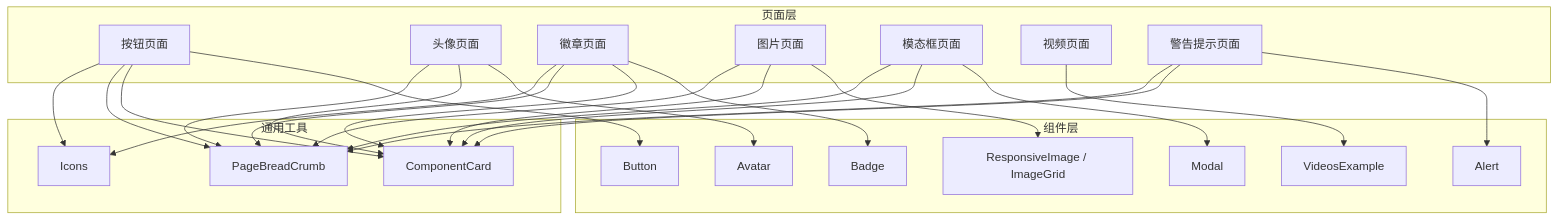
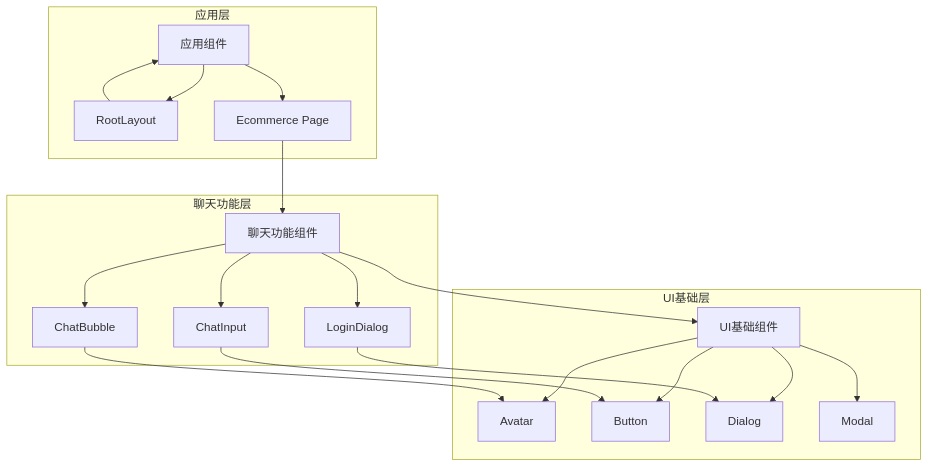
The second of 6 diagrams in .qoder/repowiki/zh/content/页面路由系统/页面类型组织结构/UI元素页面.md (HAOFUYANG/nextjs-admin), drawn with Mermaid before and after one commit. The commit also changed other lines of this file and 36 other files, not shown here.

````diff
--- a/.qoder/repowiki/zh/content/页面路由系统/页面类型组织结构/UI元素页面.md
+++ b/.qoder/repowiki/zh/content/页面路由系统/页面类型组织结构/UI元素页面.md
@@ -112,47 +122,27 @@
 ```mermaid
 graph TB
-subgraph "页面层"
-P_BTN["按钮页面"]
-P_AVA["头像页面"]
-P_BAD["徽章页面"]
-P_IMG["图片页面"]
-P_MOD["模态框页面"]
-P_VID["视频页面"]
-P_ALT["警告提示页面"]
+subgraph "聊天功能层"
+CHAT["聊天功能组件"]
+CHAT --> CB["ChatBubble"]
+CHAT --> CI["ChatInput"]
+CHAT --> LD["LoginDialog"]
 end
-subgraph "组件层"
-C_BTN["Button"]
-C_AVA["Avatar"]
-C_BAD["Badge"]
-C_IMG["ResponsiveImage / ImageGrid"]
-C_MOD["Modal"]
-C_VID["VideosExample"]
-C_ALT["Alert"]
+subgraph "UI基础层"
+UI["UI基础组件"]
+UI --> AV["Avatar"]
+UI --> BTN["Button"]
+UI --> DIALOG["Dialog"]
+UI --> MOD["Modal"]
 end
-subgraph "通用工具"
-U_CC["ComponentCard"]
-U_BC["PageBreadCrumb"]
-U_ICO["Icons"]
+subgraph "应用层"
+APP["应用组件"]
+APP --> LAYOUT["RootLayout"]
+APP --> PAGE["Ecommerce Page"]
 end
-P_BTN --> C_BTN
-P_AVA --> C_AVA
-P_BAD --> C_BAD
-P_IMG --> C_IMG
-P_MOD --> C_MOD
-P_VID --> C_VID
-P_ALT --> C_ALT
-P_BTN --> U_CC
-P_AVA --> U_CC
-P_BAD --> U_CC
-P_IMG --> U_CC
-P_MOD --> U_CC
-P_ALT --> U_CC
-P_BTN --> U_BC
-P_AVA --> U_BC
-P_BAD --> U_BC
-P_IMG --> U_BC
-P_MOD --> U_BC
-P_ALT --> U_BC
-P_BTN --> U_ICO
-P_BAD --> U_ICO
+CB --> AV
+CI --> BTN
+LD --> DIALOG
+CHAT --> UI
+PAGE --> CHAT
+LAYOUT --> APP
 ```
````
